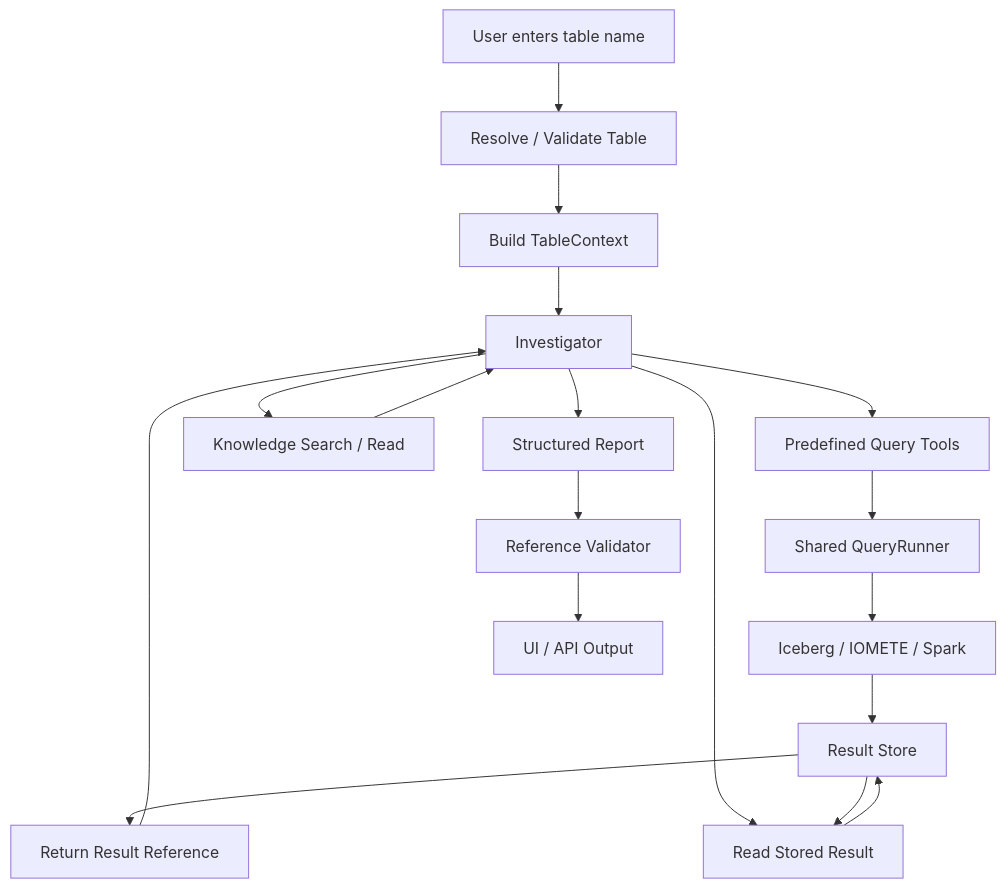
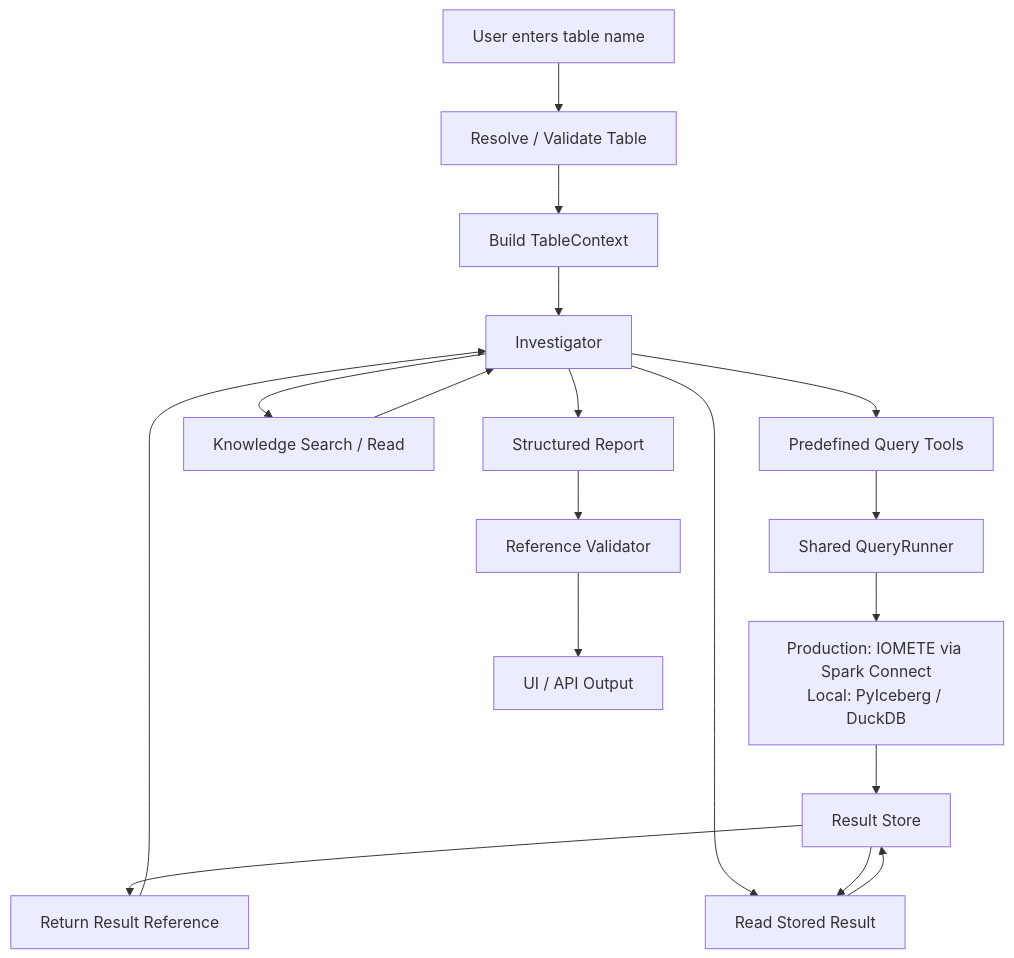
The first of 8 diagrams in Architecture.md (neelati-jayanth-sai/smart-table-analyzer-v3), drawn with Mermaid before and after one commit. The commit also changed other lines of this file and 1 other file, not shown here.

Commit message:
Clarify IOMETE Spark Connect production access

````diff
--- a/Architecture.md
+++ b/Architecture.md
@@ -178,24 +178,24 @@
 ```mermaid
 flowchart TD
     U[User enters table name] --> V[Resolve / Validate Table]
     V --> C[Build TableContext]
     C --> A[Investigator]
 
     A --> QT[Predefined Query Tools]
     A --> K[Knowledge Search / Read]
     A --> RR[Read Stored Result]
 
     QT --> QR[Shared QueryRunner]
-    QR --> DB[Iceberg / IOMETE / Spark]
+    QR --> DB[Production: IOMETE via Spark Connect<br/>Local: PyIceberg / DuckDB]
     DB --> RS[Result Store]
     RS --> REF[Return Result Reference]
     REF --> A
 
     K --> A
     RR --> RS
     RS --> RR
 
     A --> RP[Structured Report]
     RP --> VAL[Reference Validator]
     VAL --> OUT[UI / API Output]
 ```
````
